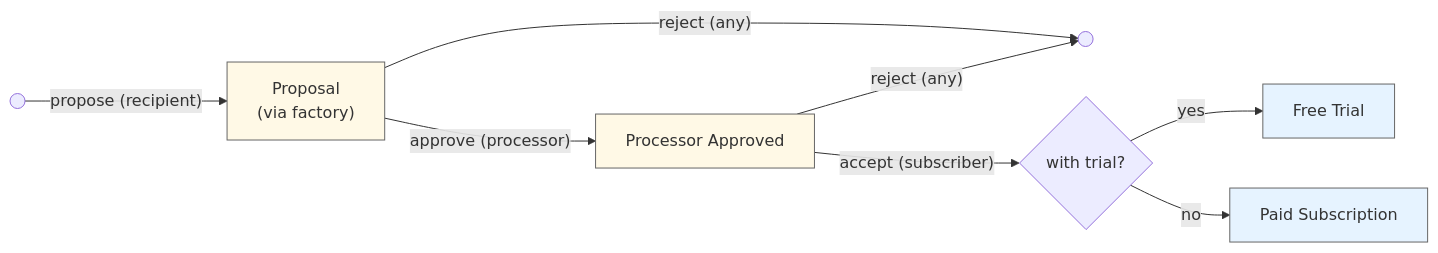
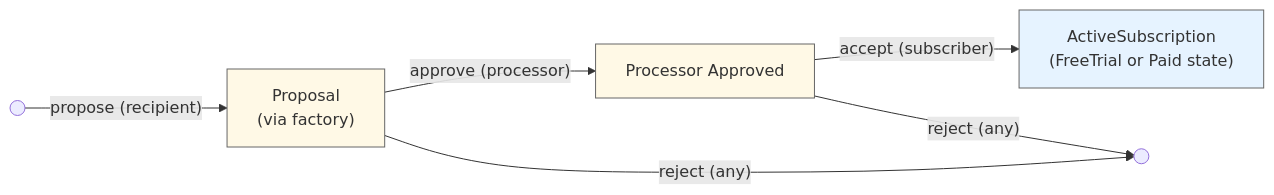
The second of 5 diagrams in Subscriptions-v01/README.md (Fairmint/open-captable-protocol-daml), drawn with Mermaid before and after one commit. The commit also changed other lines of this file and 20 other files, not shown here.

````diff
--- a/Subscriptions-v01/README.md
+++ b/Subscriptions-v01/README.md
@@ -153,15 +161,13 @@
 ```mermaid
 flowchart LR
     Start(( )) --> |"propose (recipient)"| RP["Proposal<br>(via factory)"]
     RP -->|"approve (processor)"| PA[Processor Approved]
     RP -->|"reject (any)"| End(( ))
-    PA -->|"accept (subscriber)"| Choice{with trial?}
+    PA -->|"accept (subscriber)"| AS["ActiveSubscription<br>(FreeTrial or Paid state)"]
     PA -->|"reject (any)"| End
-    Choice -->|yes| FT[Free Trial]
-    Choice -->|no| PS[Paid Subscription]
     
     classDef proposal fill:#fff9e6,stroke:#666
     classDef active fill:#e6f3ff,stroke:#666
     class RP,PA proposal
-    class FT,PS active
+    class AS active
 ```
````
